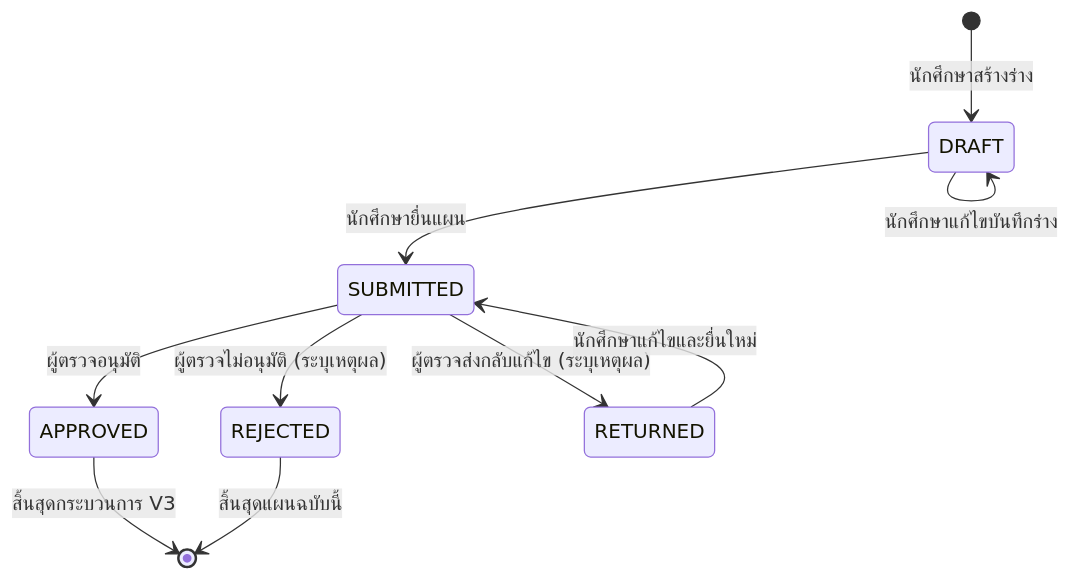
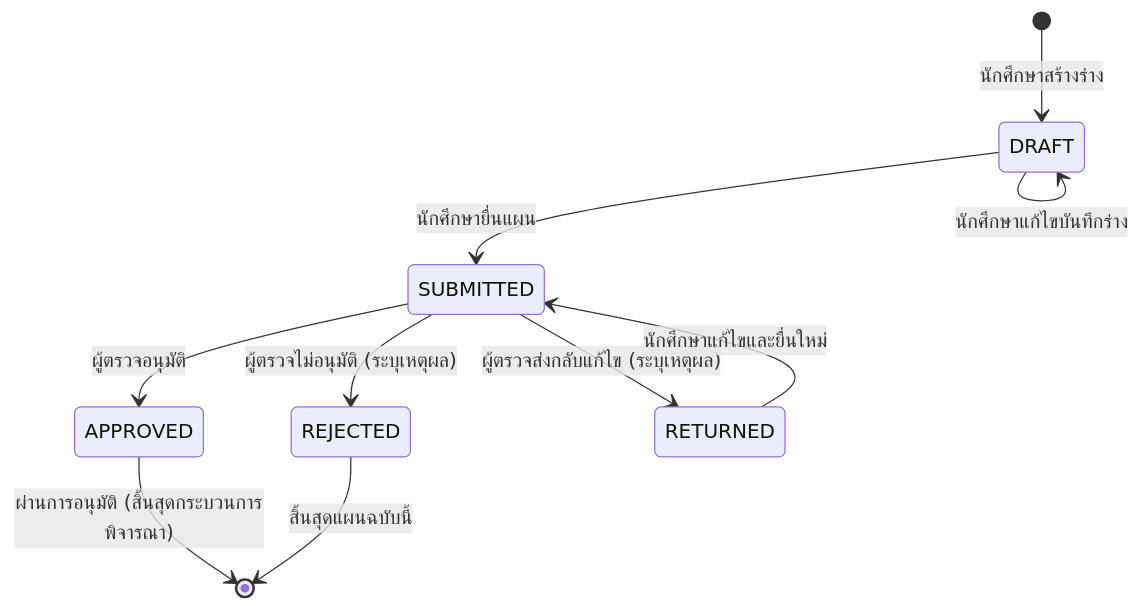
Before and after one commit to KaylahJin/CS361-Project: the second of 2 diagrams in docs/working-agreement.md, drawn with Mermaid. The commit also changed other lines of this file, not shown here.

````diff
--- a/docs/working-agreement.md
+++ b/docs/working-agreement.md
@@ -195,15 +167,15 @@
 ```mermaid
 stateDiagram-v2
     [*] --> DRAFT: นักศึกษาสร้างร่าง
     DRAFT --> SUBMITTED: นักศึกษายื่นแผน
     DRAFT --> DRAFT: นักศึกษาแก้ไขบันทึกร่าง
     
     SUBMITTED --> APPROVED: ผู้ตรวจอนุมัติ
     SUBMITTED --> REJECTED: ผู้ตรวจไม่อนุมัติ (ระบุเหตุผล)
     SUBMITTED --> RETURNED: ผู้ตรวจส่งกลับแก้ไข (ระบุเหตุผล)
     
     RETURNED --> SUBMITTED: นักศึกษาแก้ไขและยื่นใหม่
     
-    APPROVED --> [*]: สิ้นสุดกระบวนการ V3
+    APPROVED --> [*]: ผ่านการอนุมัติ (สิ้นสุดกระบวนการพิจารณา)
     REJECTED --> [*]: สิ้นสุดแผนฉบับนี้
 ```
````
